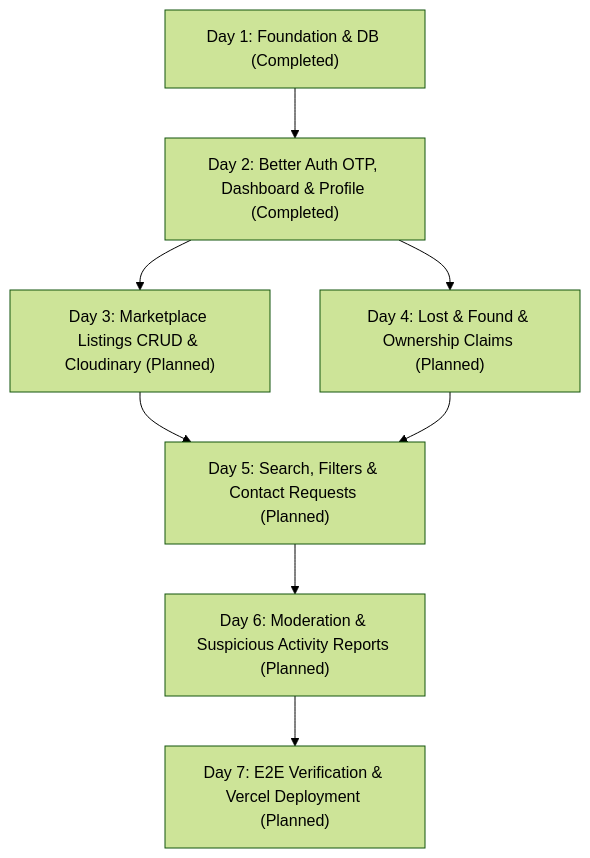
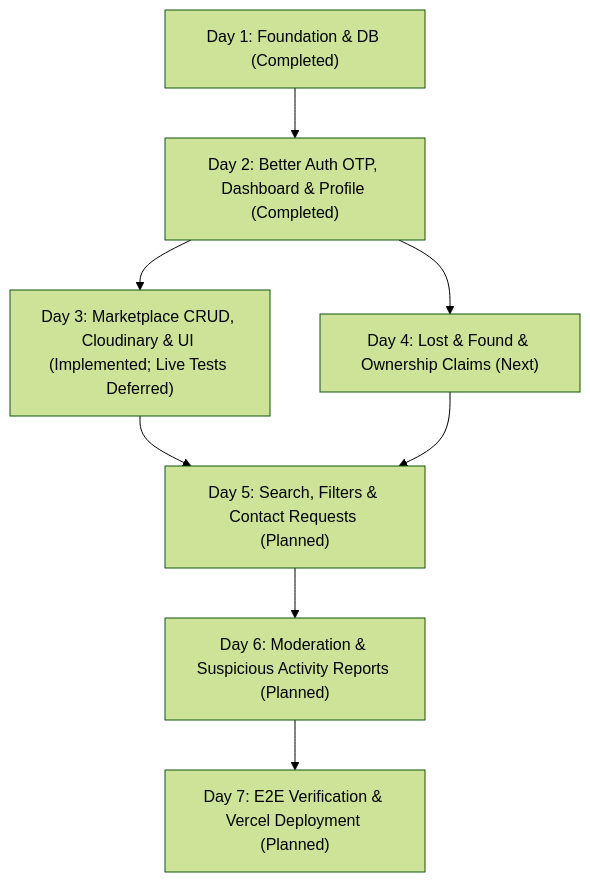
The diagram in docs/ROADMAP.md (Saswata2006/Khoj), drawn with Mermaid (forest theme) before and after one commit. The commit also changed other lines of this file and 52 other files, not shown here.

Commit message:
feat(marketplace): implement secure listing management and Cloudinary image uploads

````diff
--- a/docs/ROADMAP.md
+++ b/docs/ROADMAP.md
@@ -10,18 +10,18 @@
 ```mermaid
 flowchart TD
     Day1["Day 1: Foundation & DB (Completed)"]
     Day2["Day 2: Better Auth OTP, Dashboard & Profile (Completed)"]
-    Day3["Day 3: Marketplace Listings CRUD & Cloudinary (Planned)"]
-    Day4["Day 4: Lost & Found & Ownership Claims (Planned)"]
+    Day3["Day 3: Marketplace CRUD, Cloudinary & UI (Implemented; Live Tests Deferred)"]
+    Day4["Day 4: Lost & Found & Ownership Claims (Next)"]
     Day5["Day 5: Search, Filters & Contact Requests (Planned)"]
     Day6["Day 6: Moderation & Suspicious Activity Reports (Planned)"]
     Day7["Day 7: E2E Verification & Vercel Deployment (Planned)"]
 
     Day1 --> Day2
     Day2 --> Day3
     Day2 --> Day4
     Day3 --> Day5
     Day4 --> Day5
     Day5 --> Day6
     Day6 --> Day7
 ```
````
